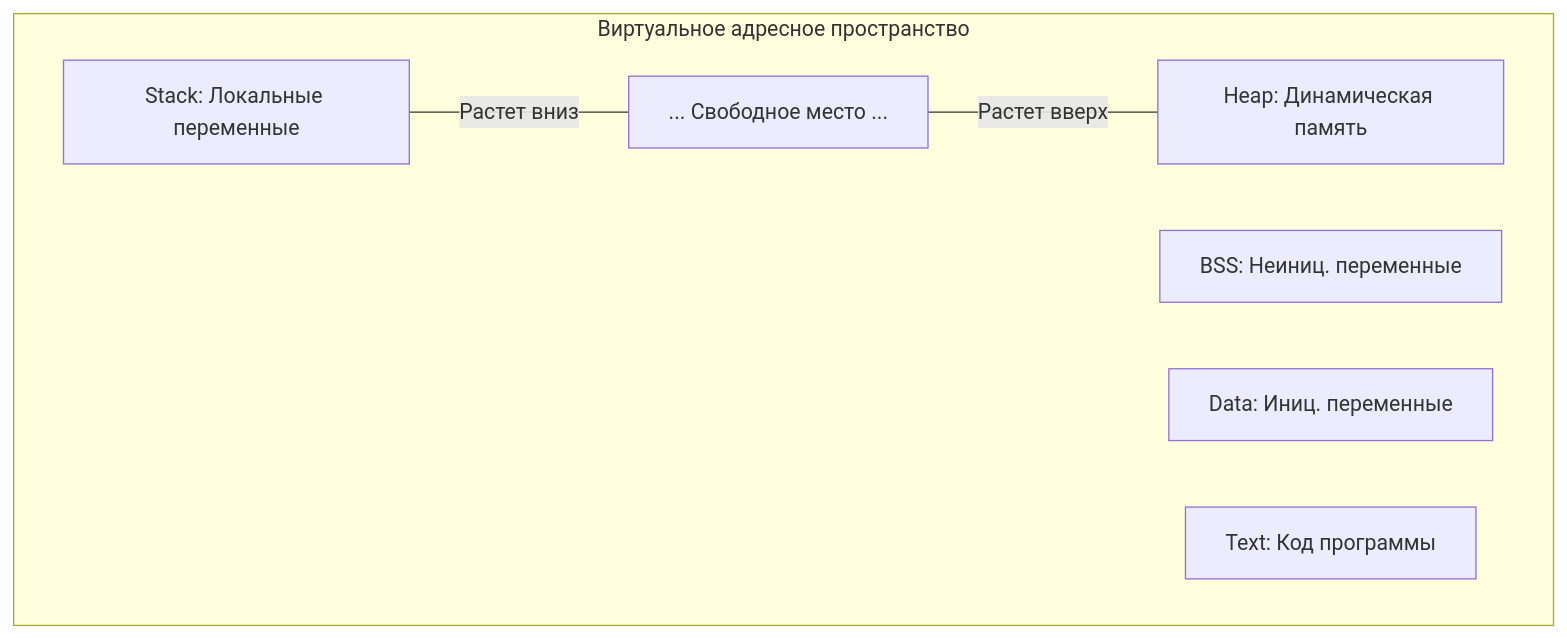
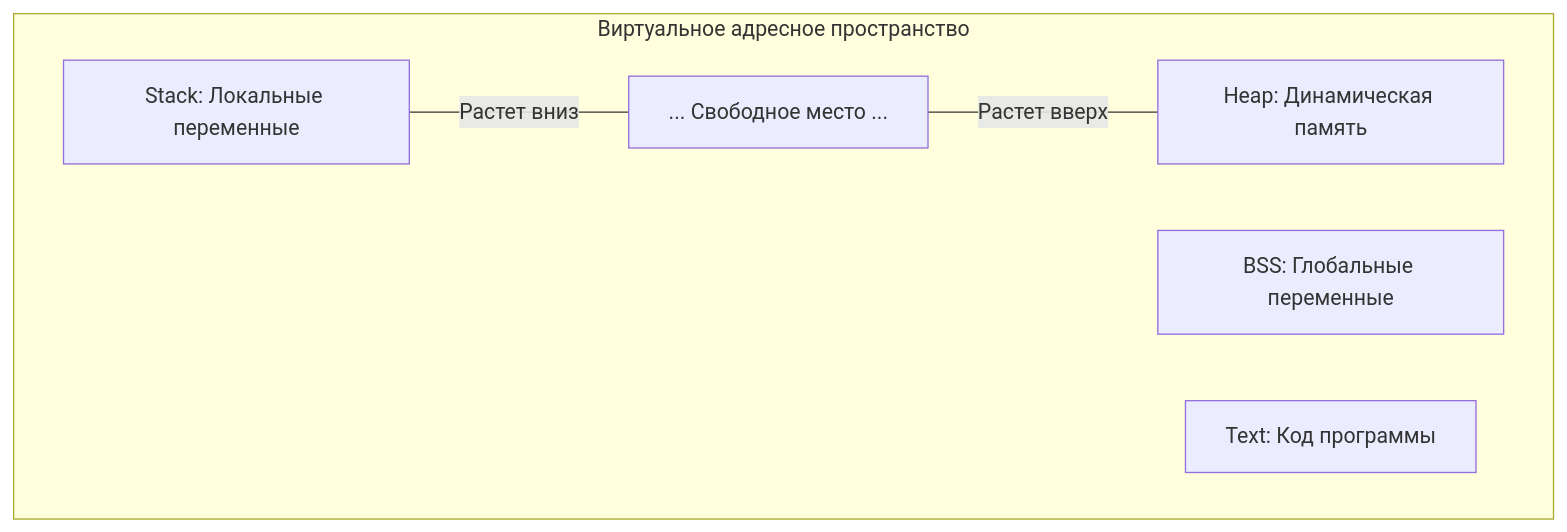
One commit to IBraveMonkey/data_structure-algorithms changed the second of 3 diagrams in theory/Golang/Allocator/base.md. Above: the diagram before and after it, drawn with Mermaid. The commit also changed other lines of this file and 21 other files, not shown here.

````diff
--- a/theory/Golang/Allocator/base.md
+++ b/theory/Golang/Allocator/base.md
@@ -81,13 +90,12 @@
 ```mermaid
 graph TD
     subgraph Process_Layout ["Виртуальное адресное пространство"]
         Stack[Stack: Локальные переменные]
         Empty1[... Свободное место ...]
         Heap[Heap: Динамическая память]
-        BSS[BSS: Неиниц. переменные]
-        Data[Data: Иниц. переменные]
+        BSS[BSS: Глобальные переменные]
         Text[Text: Код программы]
     end
     Stack ---|Растет вниз| Empty1
     Empty1 ---|Растет вверх| Heap
 ```
````
